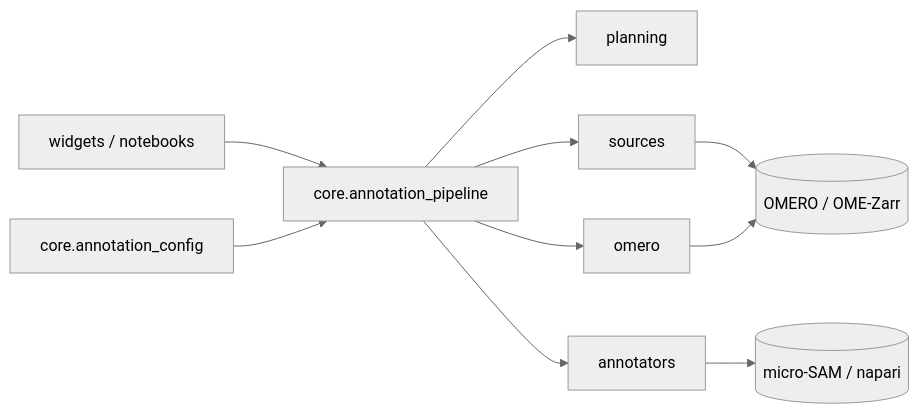
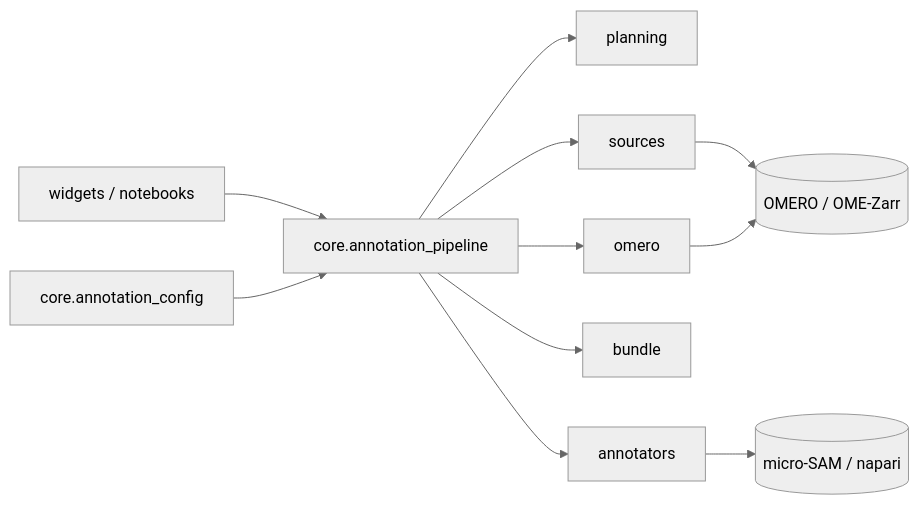
The diagram in docs/architecture.md (Leiden-Cell-Observatory/omero_annotate_ai), drawn with Mermaid (neutral theme) before and after one commit. The commit also changed other lines of this file and 7 other files, not shown here.

````diff
--- a/docs/architecture.md
+++ b/docs/architecture.md
@@ -6,12 +6,13 @@
 ```mermaid
 flowchart LR
     W[widgets / notebooks] --> P[core.annotation_pipeline]
     C[core.annotation_config] --> P
     P --> PL[planning]
     P --> S[sources]
     P --> A[annotators]
+    P --> B[bundle]
     P --> O[omero]
     A --> N[(micro-SAM / napari)]
     S --> OM[(OMERO / OME-Zarr)]
     O --> OM
 ```
````
